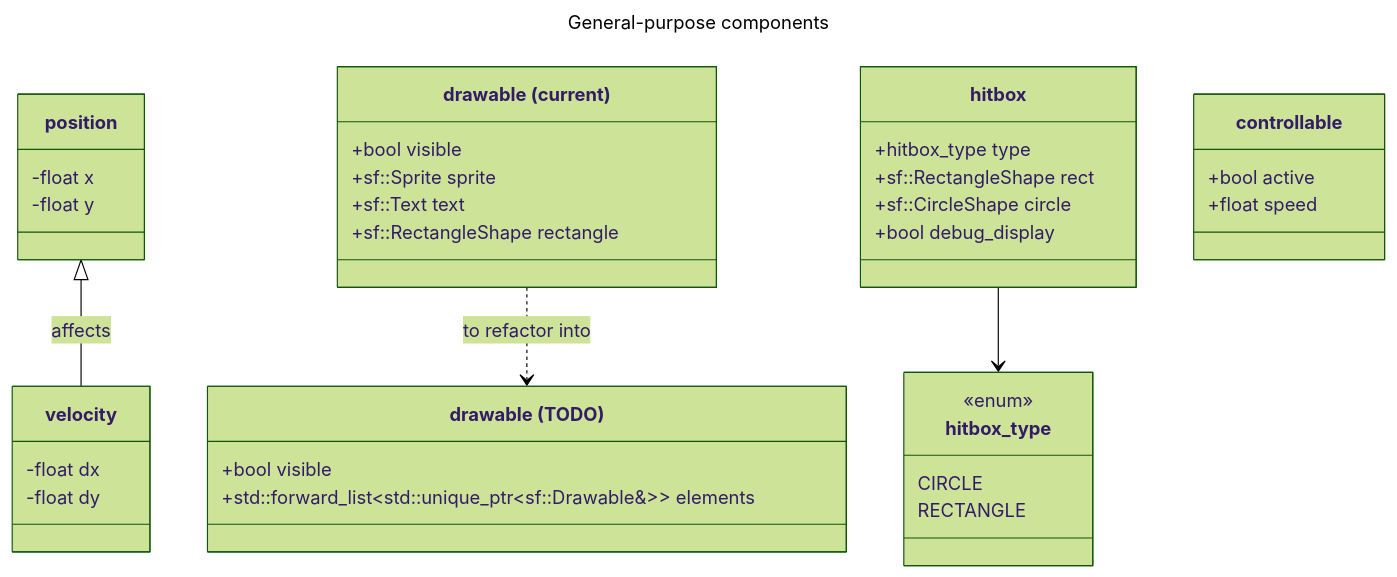
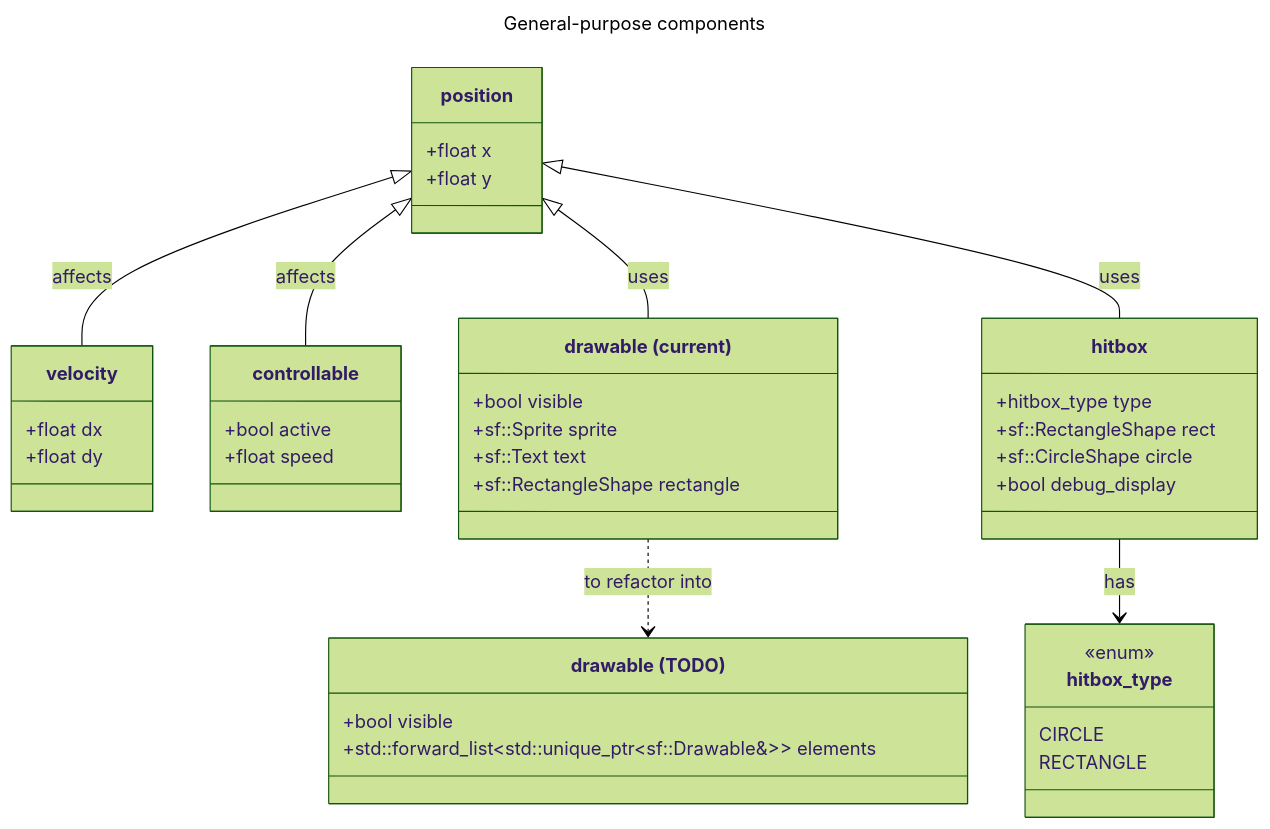
The third of 5 diagrams in docs/ECS/Diagrams.md (Sebabacou-R-type-2027/R-Type), drawn with Mermaid (forest theme) before and after one commit. The commit also changed other lines of this file, not shown here.

Commit message:
feat(uml) Add additional component diagrams

````diff
--- a/docs/ECS/Diagrams.md
+++ b/docs/ECS/Diagrams.md
@@ -57,42 +57,45 @@
 ```mermaid
 ---
 title: General-purpose components
 ---
 classDiagram
     position <|-- velocity : affects
+    position <|-- controllable : affects
+    position <|-- drawable_old : uses
+    position <|-- hitbox : uses
+    class controllable {
+        +bool active
+        +float speed
+    }
     class position {
-        -float x
-        -float y
+        +float x
+        +float y
     }
     class velocity {
-        -float dx
-        -float dy
+        +float dx
+        +float dy
     }
     class drawable["drawable (TODO)"] {
         +bool visible
         +std::forward_list~std::unique_ptr~sf::Drawable&~~ elements
     }
     class drawable_old["drawable (current)"] {
         +bool visible
         +sf::Sprite sprite
         +sf::Text text
         +sf::RectangleShape rectangle
     }
     drawable_old ..> drawable : to refactor into
     class hitbox_type {
         CIRCLE
         RECTANGLE
     }
     <<enum>> hitbox_type
-    hitbox --> hitbox_type
+    hitbox --> hitbox_type : has
     class hitbox {
         +hitbox_type type
         +sf::RectangleShape rect
         +sf::CircleShape circle
         +bool debug_display
     }
-    class controllable {
-        +bool active
-        +float speed
-    }
 ```
````
